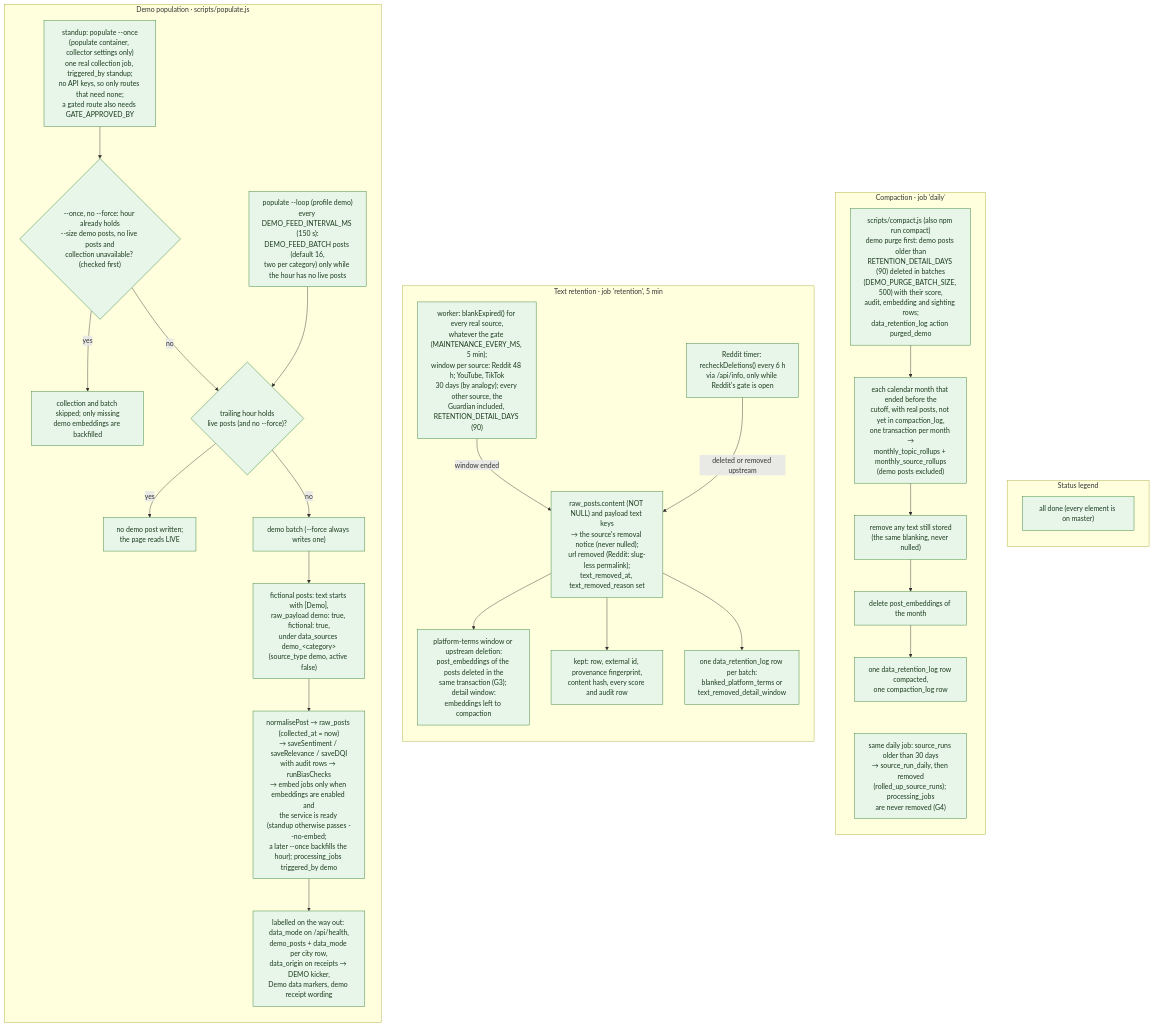
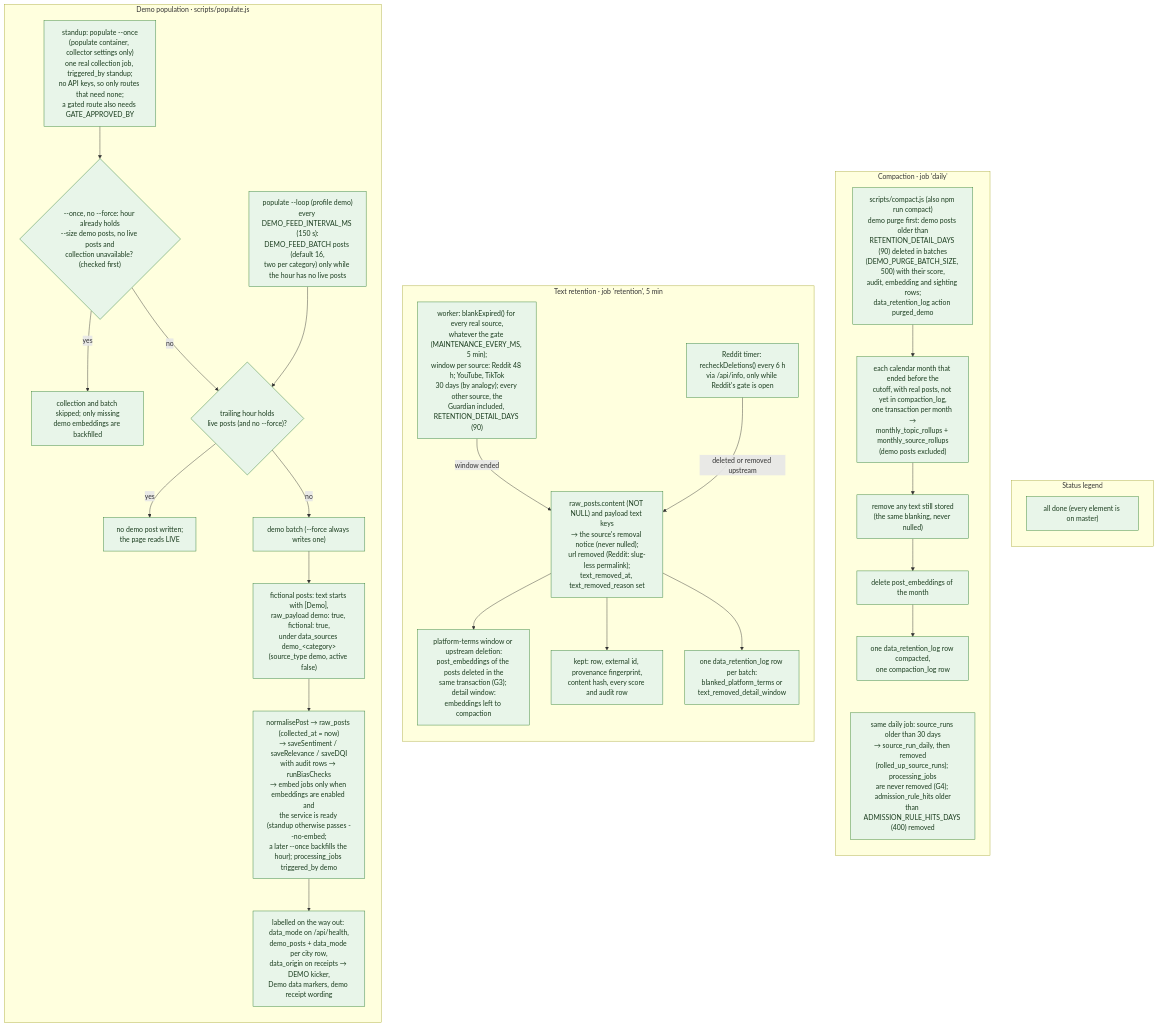
The diagram in docs/diagrams/flows/data-flow-demo-and-retention.mmd (jennifer-mckinney/pulse-of-ai), drawn with Mermaid before and after one commit. The commit also changed 26 other files, not shown here.

Commit message:
Docs follow-up for relevance Stage 0a: spec, README, CLAUDE.md and diagrams for audit_narration@1.5.0 and the admission counters; demo relevance receipt stated conditionally across audience views

```diff
--- a/docs/diagrams/flows/data-flow-demo-and-retention.mmd
+++ b/docs/diagrams/flows/data-flow-demo-and-retention.mmd
@@ -1,61 +1,61 @@
 %% Title: Data flow · demo population and retention
 %% Summary: The demo population path (fictional demo-feed posts stored and scored through the real pipeline, labelled DEMO end to end; the page's bundled fallback, never stored or scored, is separate) and the retention flows run by the worker's maintenance jobs: text removal by blanking (platform-terms windows, the Reddit deletion re-check, the detail window), the demo purge, monthly compaction and the source_runs rollup.
 %% Sources: scripts/populate.js, scripts/standup.sh, docker-compose.yml (populate, collector settings), src/config/data-mode.js, src/config/source-registry.js (retentionHours, sourceStatus), src/workers/maintenance.worker.js, src/workers/start.js, src/collectors/retention.js, src/collectors/run-retention.js, src/collectors/reddit/{maintenance,recheck}.js, scripts/compact.js; migrations 005, 025, 031, 034, 039. Spec: TECHNICAL_SPEC.md section 19 (layered retention); ADR 0001 ruling 9; PR #22 decisions G3, G4, G5.
 flowchart LR
 
   subgraph DEMO["Demo population · scripts/populate.js"]
     direction TB
     M1["standup: populate --once<br/>(populate container, collector settings only)<br/>one real collection job, triggered_by standup;<br/>no API keys, so only routes that need none;<br/>a gated route also needs GATE_APPROVED_BY"]:::done
     M2{"trailing hour holds<br/>live posts (and no --force)?"}:::done
     M3["demo batch (--force always writes one)"]:::done
     M9{"--once, no --force: hour already holds<br/>--size demo posts, no live posts and<br/>collection unavailable? (checked first)"}:::done
     M4["populate --loop (profile demo)<br/>every DEMO_FEED_INTERVAL_MS (150 s):<br/>DEMO_FEED_BATCH posts (default 16,<br/>two per category) only while the hour has no live posts"]:::done
     M5["fictional posts: text starts with [Demo],<br/>raw_payload demo: true, fictional: true,<br/>under data_sources demo_#lt;category#gt;<br/>(source_type demo, active false)"]:::done
     M6["normalisePost → raw_posts (collected_at = now)<br/>→ saveSentiment / saveRelevance / saveDQI<br/>with audit rows → runBiasChecks<br/>→ embed jobs only when embeddings are enabled and<br/>the service is ready (standup otherwise passes --no-embed;<br/>a later --once backfills the hour); processing_jobs triggered_by demo"]:::done
     M7["labelled on the way out: data_mode on /api/health,<br/>demo_posts + data_mode per city row,<br/>data_origin on receipts → DEMO kicker,<br/>Demo data markers, demo receipt wording"]:::done
     M8["no demo post written;<br/>the page reads LIVE"]:::done
     M10["collection and batch skipped; only missing<br/>demo embeddings are backfilled"]:::done
     M1 --> M9
     M9 -- yes --> M10
     M9 -- no --> M2
     M2 -- yes --> M8
     M2 -- no --> M3 --> M5
     M4 --> M2
     M5 --> M6 --> M7
   end
 
   subgraph TEXT["Text retention · job 'retention', 5 min"]
     direction TB
     R1["worker: blankExpired() for every real source,<br/>whatever the gate (MAINTENANCE_EVERY_MS, 5 min);<br/>window per source: Reddit 48 h; YouTube, TikTok<br/>30 days (by analogy); every other source, the<br/>Guardian included, RETENTION_DETAIL_DAYS (90)"]:::done
     R2["Reddit timer: recheckDeletions() every 6 h<br/>via /api/info, only while Reddit's gate is open"]:::done
     R3["raw_posts.content (NOT NULL) and payload text keys<br/>→ the source's removal notice (never nulled);<br/>url removed (Reddit: slug-less permalink);<br/>text_removed_at, text_removed_reason set"]:::done
     R6["platform-terms window or upstream deletion:<br/>post_embeddings of the posts deleted in the<br/>same transaction (G3); detail window:<br/>embeddings left to compaction"]:::done
     R4["kept: row, external id, provenance fingerprint,<br/>content hash, every score and audit row"]:::done
     R5["one data_retention_log row per batch:<br/>blanked_platform_terms or<br/>text_removed_detail_window"]:::done
     R1 -- "window ended" --> R3
     R2 -- "deleted or removed upstream" --> R3
     R3 --> R6
     R3 --> R4
     R3 --> R5
   end
 
   subgraph COMPACT["Compaction · job 'daily'"]
     direction TB
     P1["scripts/compact.js (also npm run compact)<br/>demo purge first: demo posts older than<br/>RETENTION_DETAIL_DAYS (90) deleted in batches<br/>(DEMO_PURGE_BATCH_SIZE, 500) with their score,<br/>audit, embedding and sighting rows;<br/>data_retention_log action purged_demo"]:::done
     P2["each calendar month that ended before the<br/>cutoff, with real posts, not yet in compaction_log,<br/>one transaction per month →<br/>monthly_topic_rollups + monthly_source_rollups<br/>(demo posts excluded)"]:::done
     P4["remove any text still stored<br/>(the same blanking, never nulled)"]:::done
     P3["delete post_embeddings of the month"]:::done
     P5["one data_retention_log row compacted,<br/>one compaction_log row"]:::done
-    P6["same daily job: source_runs older than 30 days<br/>→ source_run_daily, then removed<br/>(rolled_up_source_runs); processing_jobs<br/>are never removed (G4)"]:::done
+    P6["same daily job: source_runs older than 30 days<br/>→ source_run_daily, then removed<br/>(rolled_up_source_runs); processing_jobs<br/>are never removed (G4); admission_rule_hits older<br/>than ADMISSION_RULE_HITS_DAYS (400) removed"]:::done
     P1 --> P2 --> P4 --> P3 --> P5
     P5 ~~~ P6
   end
 
   subgraph LEGEND["Status legend"]
     L1["all done (every element is on master)"]:::done
   end
 
   DEMO ~~~ TEXT ~~~ COMPACT ~~~ LEGEND
 
   classDef done fill:#e8f5e9,stroke:#2e7d32,color:#1b3d1f
   classDef planned fill:#f2f2f2,stroke:#8a8a8a,color:#4a4a4a,stroke-dasharray:2 3
```
